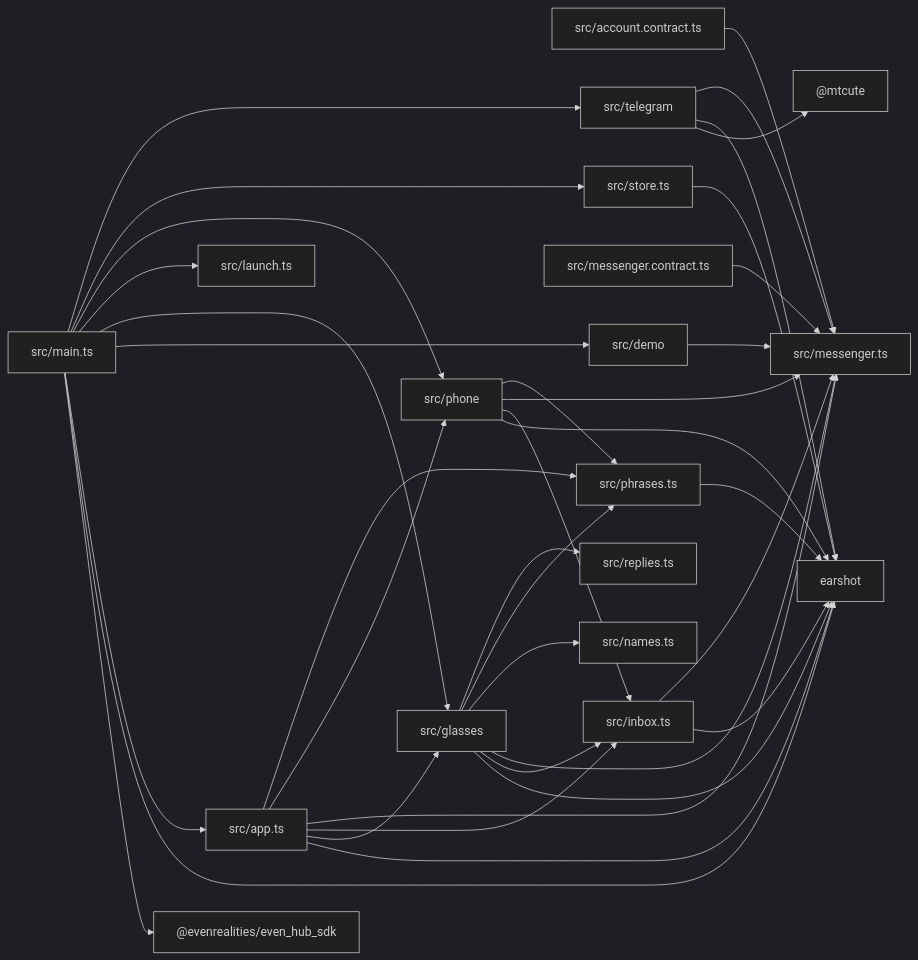
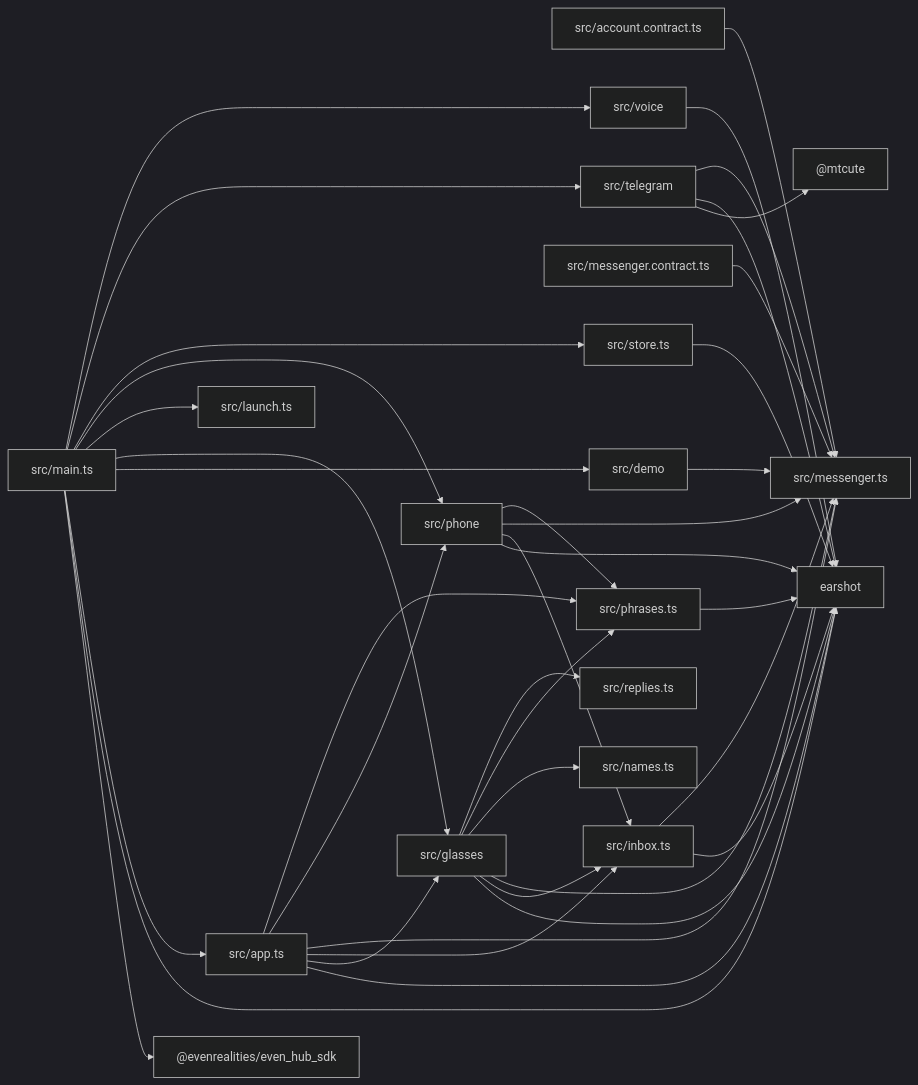
The second of 2 diagrams in docs/architecture.md (jarekbird/paper-plane), drawn with Mermaid (dark theme) before and after one commit. The commit also changed 21 other files, not shown here.

````diff
--- a/docs/architecture.md
+++ b/docs/architecture.md
@@ -67,56 +67,59 @@
 ```mermaid
 flowchart LR
   _evenrealities_even_hub_sdk["@evenrealities/even_hub_sdk"]
   _mtcute["@mtcute"]
   earshot["earshot"]
   src_account_contract_ts["src/account.contract.ts"]
   src_app_ts["src/app.ts"]
   src_demo["src/demo"]
   src_glasses["src/glasses"]
   src_inbox_ts["src/inbox.ts"]
   src_launch_ts["src/launch.ts"]
   src_main_ts["src/main.ts"]
   src_messenger_contract_ts["src/messenger.contract.ts"]
   src_messenger_ts["src/messenger.ts"]
   src_names_ts["src/names.ts"]
   src_phone["src/phone"]
   src_phrases_ts["src/phrases.ts"]
   src_replies_ts["src/replies.ts"]
   src_store_ts["src/store.ts"]
   src_telegram["src/telegram"]
+  src_voice["src/voice"]
   src_account_contract_ts --> src_messenger_ts
   src_app_ts --> earshot
   src_app_ts --> src_glasses
   src_app_ts --> src_inbox_ts
   src_app_ts --> src_messenger_ts
   src_app_ts --> src_phone
   src_app_ts --> src_phrases_ts
   src_demo --> src_messenger_ts
   src_glasses --> earshot
   src_glasses --> src_inbox_ts
   src_glasses --> src_messenger_ts
   src_glasses --> src_names_ts
   src_glasses --> src_phrases_ts
   src_glasses --> src_replies_ts
   src_inbox_ts --> earshot
   src_inbox_ts --> src_messenger_ts
   src_main_ts --> _evenrealities_even_hub_sdk
   src_main_ts --> earshot
   src_main_ts --> src_app_ts
   src_main_ts --> src_demo
   src_main_ts --> src_glasses
   src_main_ts --> src_launch_ts
   src_main_ts --> src_phone
   src_main_ts --> src_store_ts
   src_main_ts --> src_telegram
+  src_main_ts --> src_voice
   src_messenger_contract_ts --> src_messenger_ts
   src_phone --> earshot
   src_phone --> src_inbox_ts
   src_phone --> src_messenger_ts
   src_phone --> src_phrases_ts
   src_phrases_ts --> earshot
   src_store_ts --> earshot
   src_telegram --> _mtcute
   src_telegram --> earshot
   src_telegram --> src_messenger_ts
+  src_voice --> earshot
 ```
````
